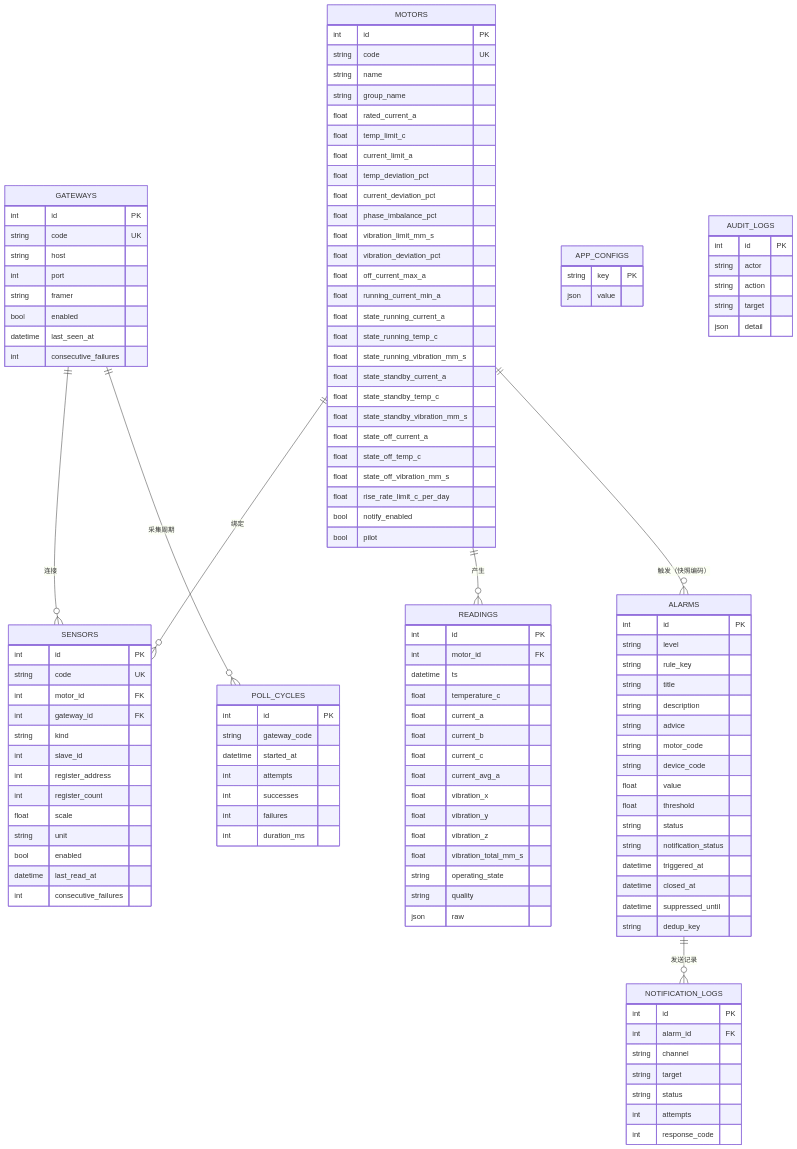
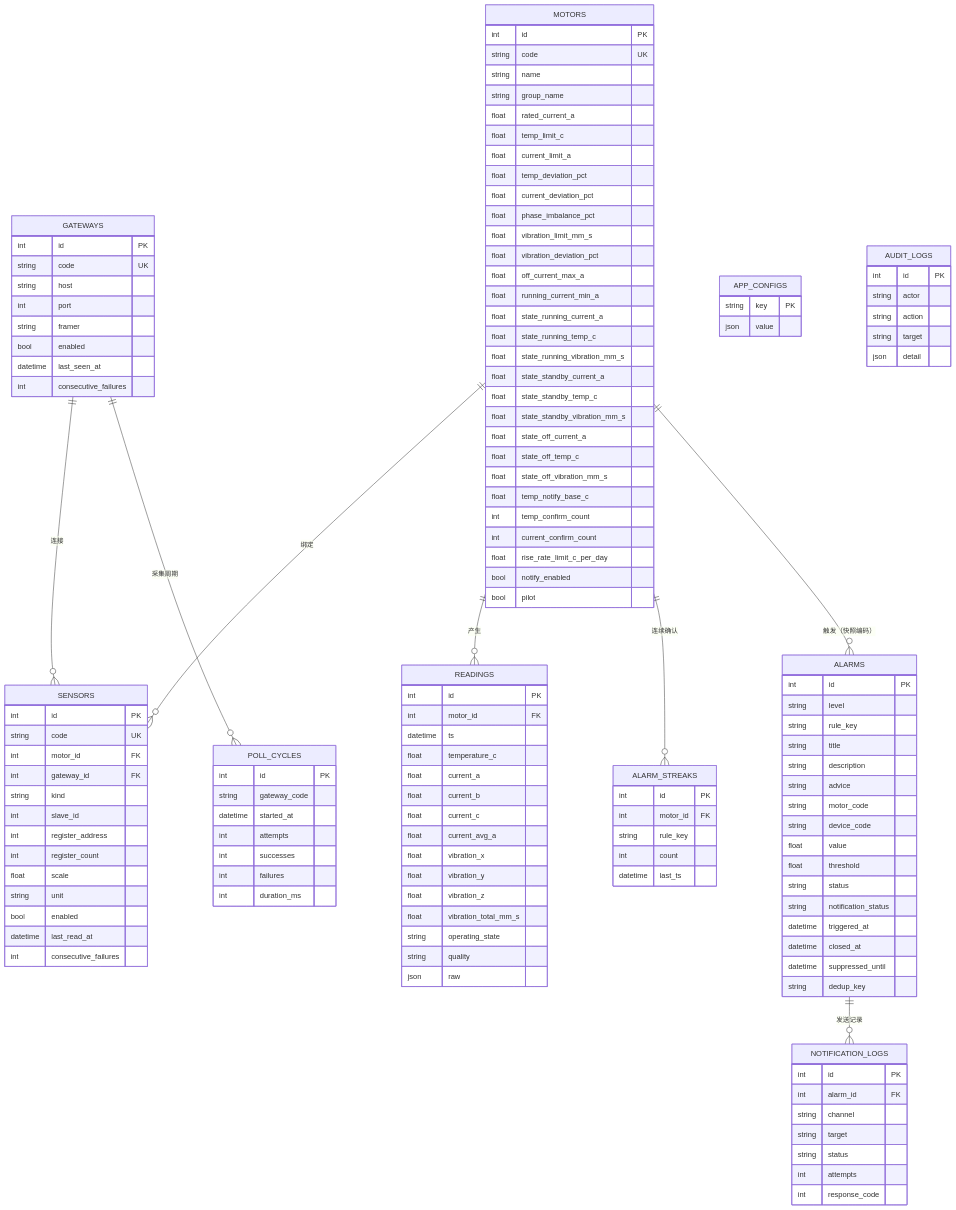
The second of 2 diagrams in docs/02-整体框架设计.md (fuqin123/motor_testing_system), drawn with Mermaid before and after one commit. The commit also changed other lines of this file and 8 other files, not shown here.

```diff
--- a/docs/02-整体框架设计.md
+++ b/docs/02-整体框架设计.md
@@ -86,6 +86,7 @@
     GATEWAYS ||--o{ SENSORS : "连接"
     MOTORS ||--o{ SENSORS : "绑定"
     MOTORS ||--o{ READINGS : "产生"
+    MOTORS ||--o{ ALARM_STREAKS : "连续确认"
     MOTORS ||--o{ ALARMS : "触发（快照编码）"
     ALARMS ||--o{ NOTIFICATION_LOGS : "发送记录"
     GATEWAYS ||--o{ POLL_CYCLES : "采集周期"
@@ -124,6 +125,9 @@
         float state_off_current_a
         float state_off_temp_c
         float state_off_vibration_mm_s
+        float temp_notify_base_c
+        int temp_confirm_count
+        int current_confirm_count
         float rise_rate_limit_c_per_day
         bool notify_enabled
         bool pilot
@@ -159,6 +163,13 @@
         string operating_state
         string quality
         json raw
+    }
+    ALARM_STREAKS {
+        int id PK
+        int motor_id FK
+        string rule_key
+        int count
+        datetime last_ts
     }
     ALARMS {
         int id PK
```
